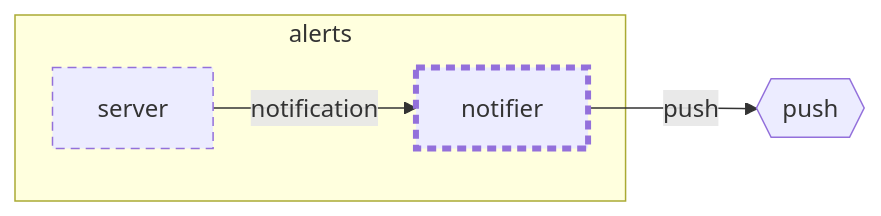
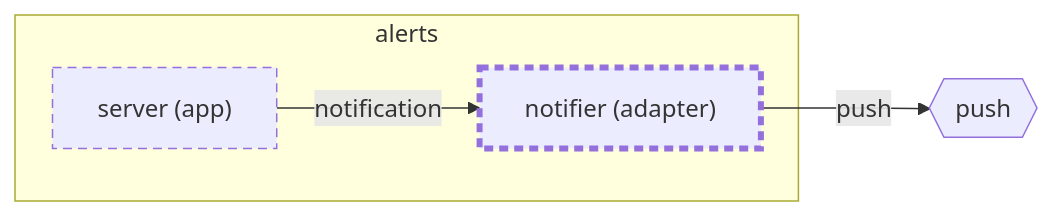
One commit to wackazong/unifold changed the diagram in examples/plantwatch/cloud/services/alerts/notifier/docs/diagrams/context.md. Above: the diagram before and after it, drawn with Mermaid. The commit also changed other lines of this file and 339 other files, not shown here.

````diff
--- a/examples/plantwatch/cloud/services/alerts/notifier/docs/diagrams/context.md
+++ b/examples/plantwatch/cloud/services/alerts/notifier/docs/diagrams/context.md
@@ -8,16 +8,16 @@
 ```mermaid
 flowchart LR
   subgraph u_cloud__services__alerts["alerts"]
-    u_cloud__services__alerts__notifier["notifier"]
-    u_cloud__services__alerts__server["server"]
+    u_cloud__services__alerts__notifier["notifier (adapter)"]
+    u_cloud__services__alerts__server["server (app)"]
   end
   n_cloud__services__alerts___push{{"push"}}
   u_cloud__services__alerts__server -->|"notification"| u_cloud__services__alerts__notifier
   u_cloud__services__alerts__notifier -->|"push"| n_cloud__services__alerts___push
   classDef focus stroke-width:4px
   classDef planned stroke-dasharray:6 4
   classDef deprecated stroke-dasharray:2 2,opacity:0.6
   classDef plain stroke-dasharray:2 3
   class u_cloud__services__alerts__notifier,u_cloud__services__alerts__server planned
   class u_cloud__services__alerts__notifier focus
 ```
````
